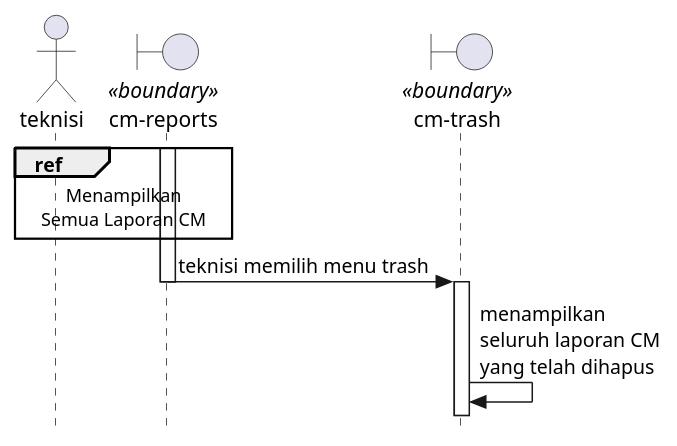
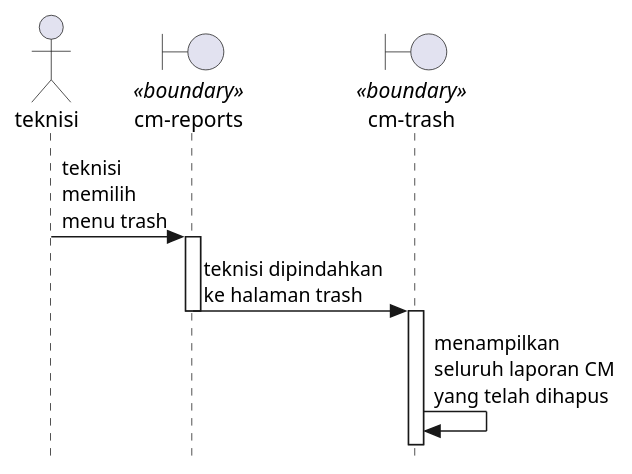
Before and after one commit to KPL-slur/eec-sifse-fixed: the second of 2 diagrams in Docs/diagrams/sequence/viewAllTrash.plantuml, drawn with PlantUML. The commit also changed other lines of this file and 19 other files, not shown here.

```diff
--- a/Docs/diagrams/sequence/viewAllTrash.plantuml
+++ b/Docs/diagrams/sequence/viewAllTrash.plantuml
@@ -21,17 +20,16 @@
 @startuml viewAllTrashCM
 
 skinparam style strictuml
 
 actor teknisi
 boundary "cm-reports" as cm <<boundary>>
 boundary "cm-trash" as trash <<boundary>>
 
-ref over teknisi, cm : Menampilkan\nSemua Laporan CM
-
-activate cm
-cm -> trash : teknisi memilih menu trash
+teknisi -> cm : teknisi\nmemilih\nmenu trash
+    activate cm
+cm -> trash : teknisi dipindahkan\nke halaman trash
     deactivate cm 
     activate trash
 trash -> trash : menampilkan\nseluruh laporan CM\nyang telah dihapus
 
 @enduml
```
